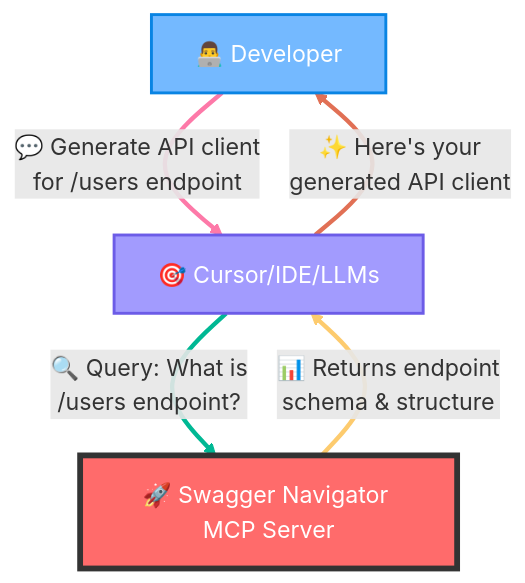
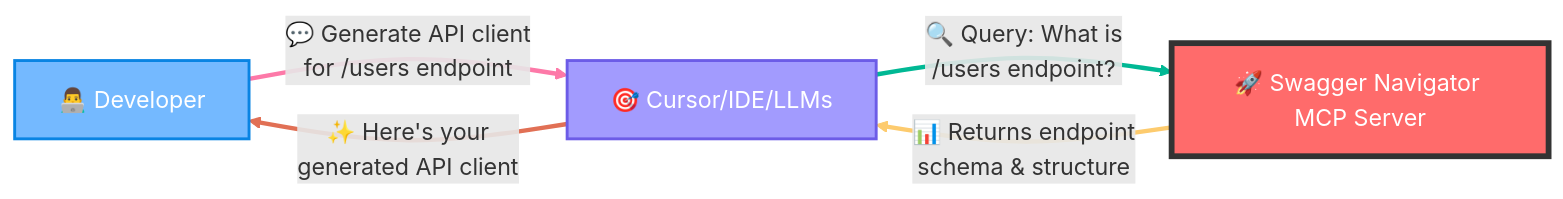
One commit to aaydin-tr/swagger-navigator-mcp changed the diagram in README.md. Above: the diagram before and after it, drawn with Mermaid.

Commit message:
dosc: update README.md

````diff
--- a/README.md
+++ b/README.md
@@ -13,16 +15,16 @@
 ```mermaid
-flowchart TD
+flowchart LR
     A[👨‍💻 Developer] -->|"💬 Generate API client<br/>for /users endpoint"| B[🎯 Cursor/IDE/LLMs]
     B -->|"🔍 Query: What is<br/>/users endpoint?"| C[🚀 Swagger Navigator MCP Server]
     C -->|"📊 Returns endpoint<br/>schema & structure"| B
     B -->|"✨ Here's your<br/>generated API client"| A
 
     style A fill:#74b9ff,stroke:#0984e3,stroke-width:2px,color:#fff
     style B fill:#a29bfe,stroke:#6c5ce7,stroke-width:2px,color:#fff
     style C fill:#ff6b6b,stroke:#333,stroke-width:4px,color:#fff
 
     linkStyle 0 stroke:#fd79a8,stroke-width:3px
     linkStyle 1 stroke:#00b894,stroke-width:3px
     linkStyle 2 stroke:#fdcb6e,stroke-width:3px
     linkStyle 3 stroke:#e17055,stroke-width:3px
 ```
````
